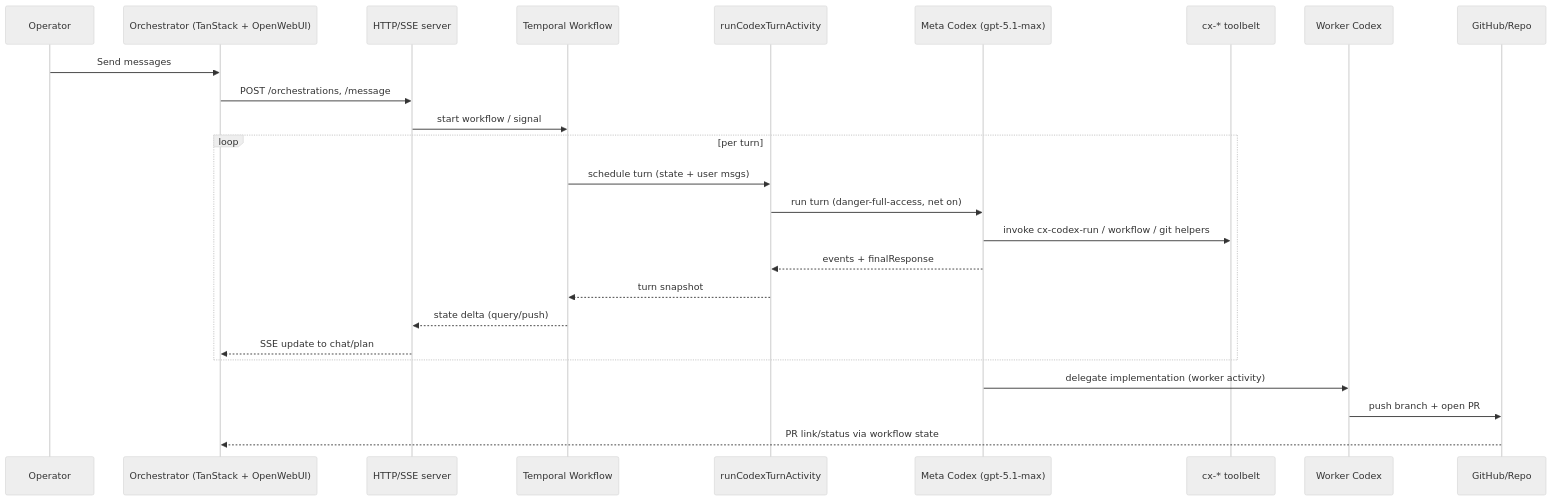
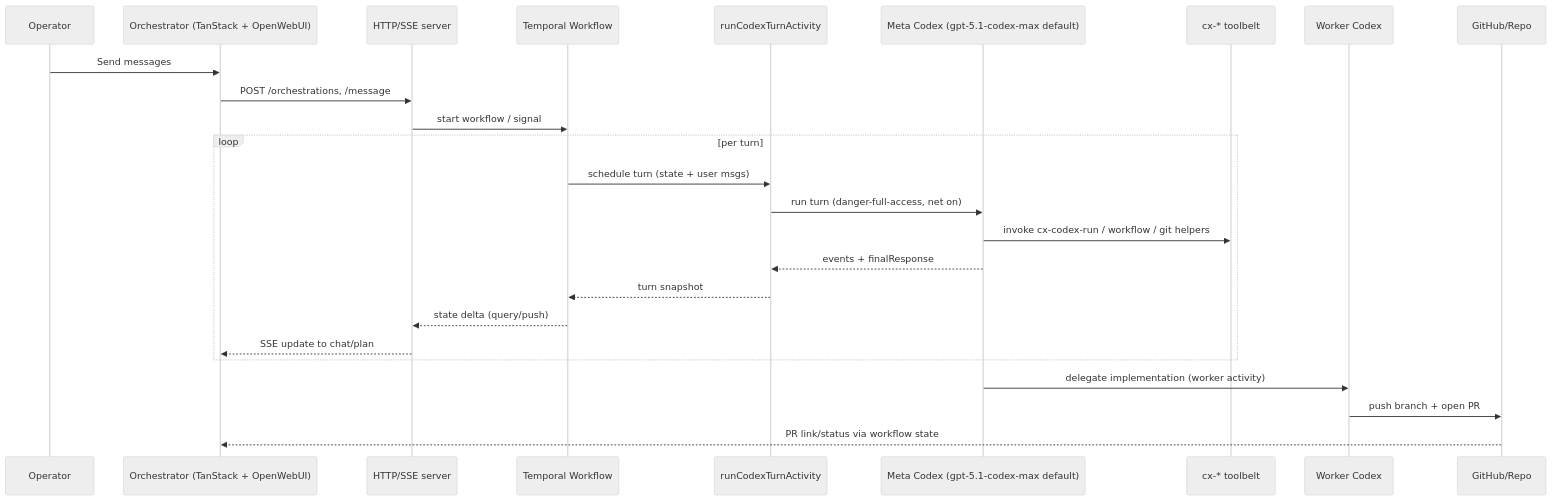
Before and after one commit to proompteng/lab: the first of 3 diagrams in docs/jangar/design.md, drawn with Mermaid (neutral theme). The commit also changed other lines of this file and 4 other files, not shown here.

````diff
--- a/docs/jangar/design.md
+++ b/docs/jangar/design.md
@@ -39,28 +65,28 @@
 ```mermaid
 sequenceDiagram
     participant U as Operator
     participant UI as Orchestrator (TanStack + OpenWebUI)
     participant API as HTTP/SSE server
     participant WF as Temporal Workflow
     participant ACT as runCodexTurnActivity
-    participant CX as Meta Codex (gpt-5.1-max)
+    participant CX as Meta Codex (gpt-5.1-codex-max default)
     participant TB as cx-* toolbelt
     participant WK as Worker Codex
     participant GH as GitHub/Repo
 
     U->>UI: Send messages
     UI->>API: POST /orchestrations, /message
     API->>WF: start workflow / signal
     loop per turn
         WF->>ACT: schedule turn (state + user msgs)
         ACT->>CX: run turn (danger-full-access, net on)
     CX->>TB: invoke cx-codex-run / workflow / git helpers
     CX-->>ACT: events + finalResponse
     ACT-->>WF: turn snapshot
         WF-->>API: state delta (query/push)
         API-->>UI: SSE update to chat/plan
     end
     CX->>WK: delegate implementation (worker activity)
     WK->>GH: push branch + open PR
     GH-->>UI: PR link/status via workflow state
 ```
````
